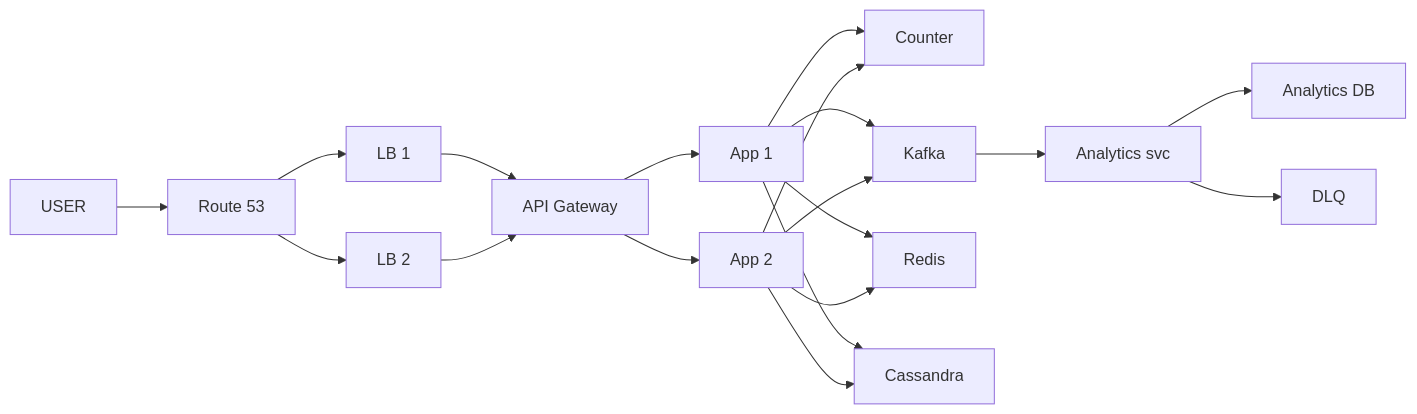
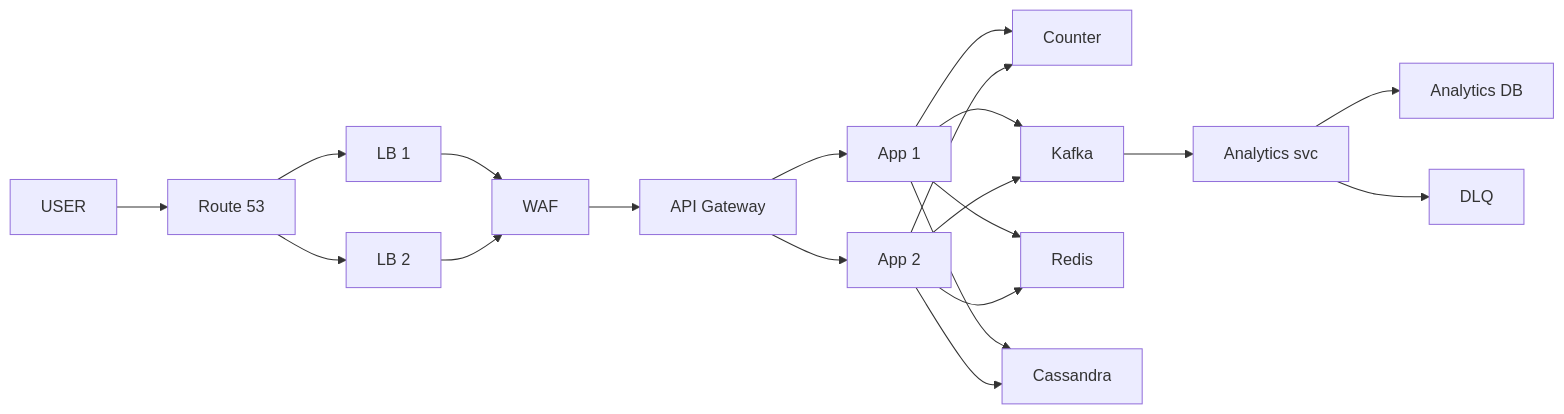
One commit to ArpanMaheshwari144/Prep changed the tenth of 10 diagrams in 04_HLD/SYSTEM_DESIGNS/01_url_shortener/01_url_shortener.md. Above: the diagram before and after it, drawn with Mermaid. The commit also changed other lines of this file and 12 other files, not shown here.

````diff
--- a/04_HLD/SYSTEM_DESIGNS/01_url_shortener/01_url_shortener.md
+++ b/04_HLD/SYSTEM_DESIGNS/01_url_shortener/01_url_shortener.md
@@ -473,35 +473,37 @@
 ```mermaid
 flowchart LR
     n_USER["USER"]
     n_Route_53["Route 53"]
     n_API_Gateway["API Gateway"]
+    n_WAF["WAF"]
     n_LB_1["LB 1"]
     n_LB_2["LB 2"]
     n_App_x_N_1["App 1"]
     n_App_x_N_2["App 2"]
     n_Counter["Counter"]
     n_Kafka["Kafka"]
     n_Analytics_svc["Analytics svc"]
     n_Analytics_DB["Analytics DB"]
     n_DLQ["DLQ"]
     n_Redis["Redis"]
     n_Cassandra["Cassandra"]
     n_USER --> n_Route_53
     n_Route_53 --> n_LB_1
     n_Route_53 --> n_LB_2
-    n_LB_1 --> n_API_Gateway
-    n_LB_2 --> n_API_Gateway
+    n_LB_1 --> n_WAF
+    n_LB_2 --> n_WAF
+    n_WAF --> n_API_Gateway
     n_API_Gateway --> n_App_x_N_1
     n_API_Gateway --> n_App_x_N_2
     n_App_x_N_1 --> n_Counter
     n_App_x_N_2 --> n_Counter
     n_App_x_N_1 --> n_Kafka
     n_App_x_N_2 --> n_Kafka
     n_App_x_N_1 --> n_Redis
     n_App_x_N_2 --> n_Redis
     n_Kafka --> n_Analytics_svc
     n_Analytics_svc --> n_Analytics_DB
     n_App_x_N_1 --> n_Cassandra
     n_App_x_N_2 --> n_Cassandra
     n_Analytics_svc --> n_DLQ
 ```
````
